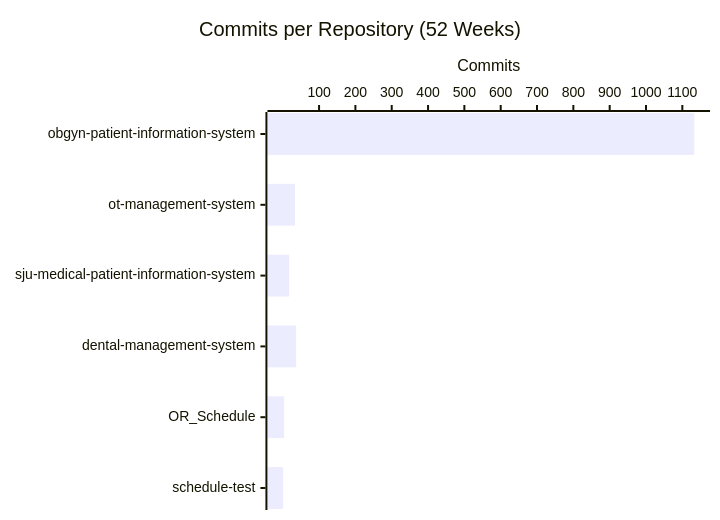
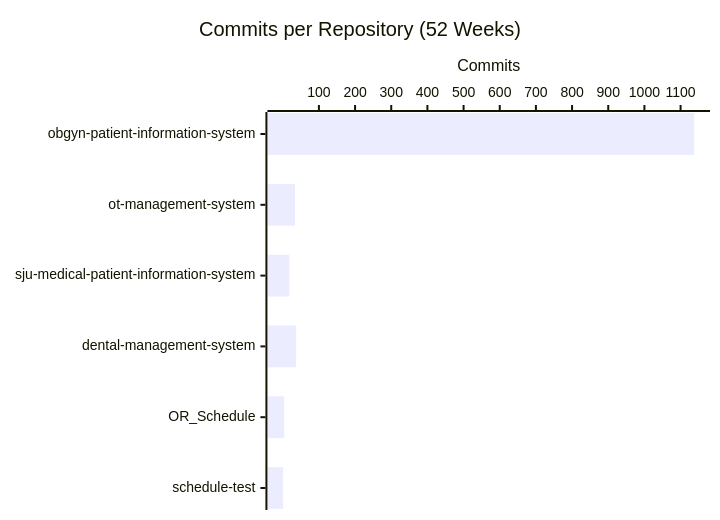
The second of 4 diagrams in profile/README.md (CSTH-Projects/.github), drawn with Mermaid before and after one commit. The commit also changed other lines of this file, not shown here.

````diff
--- a/profile/README.md
+++ b/profile/README.md
@@ -24,7 +24,7 @@
 ```mermaid
 xychart-beta horizontal
     title "Commits per Repository (52 Weeks)"
     x-axis ["obgyn-patient-information-system", "ot-management-system", "sju-medical-patient-information-system", "dental-management-system", "OR_Schedule", "schedule-test"]
     y-axis "Commits"
-    bar [1133, 34, 18, 37, 4, 1]
+    bar [1138, 34, 18, 37, 4, 1]
 ```
````
